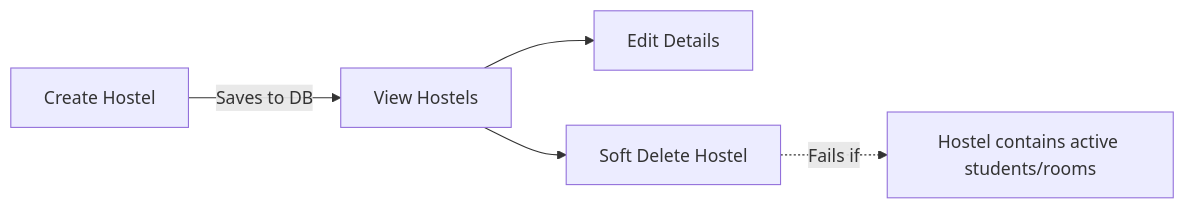
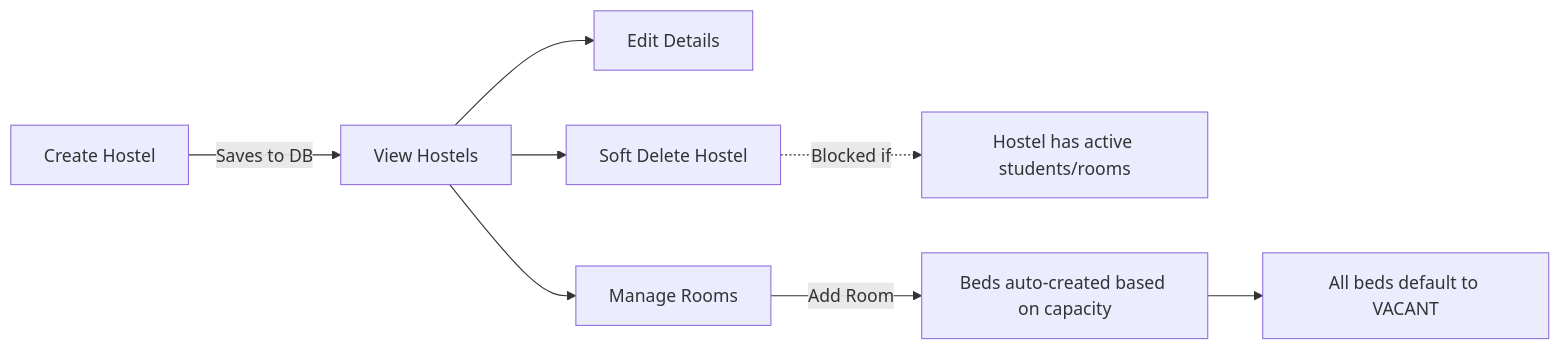
Before and after one commit to asiffmahmad/hostel-management: the third of 7 diagrams in docs/APP_FLOW.md, drawn with Mermaid. The commit also changed other lines of this file and 5 other files, not shown here.

````diff
--- a/docs/APP_FLOW.md
+++ b/docs/APP_FLOW.md
@@ -46,7 +51,10 @@
 ```mermaid
 flowchart LR
     Create[Create Hostel] -->|Saves to DB| View[View Hostels]
     View --> Edit[Edit Details]
     View --> Delete[Soft Delete Hostel]
-    Delete -.->|Fails if| Occupied[Hostel contains active students/rooms]
+    Delete -.->|Blocked if| Occupied[Hostel has active students/rooms]
+    View --> Rooms[Manage Rooms]
+    Rooms -->|Add Room| BedGen[Beds auto-created based on capacity]
+    BedGen --> BedStatus[All beds default to VACANT]
 ```
````
